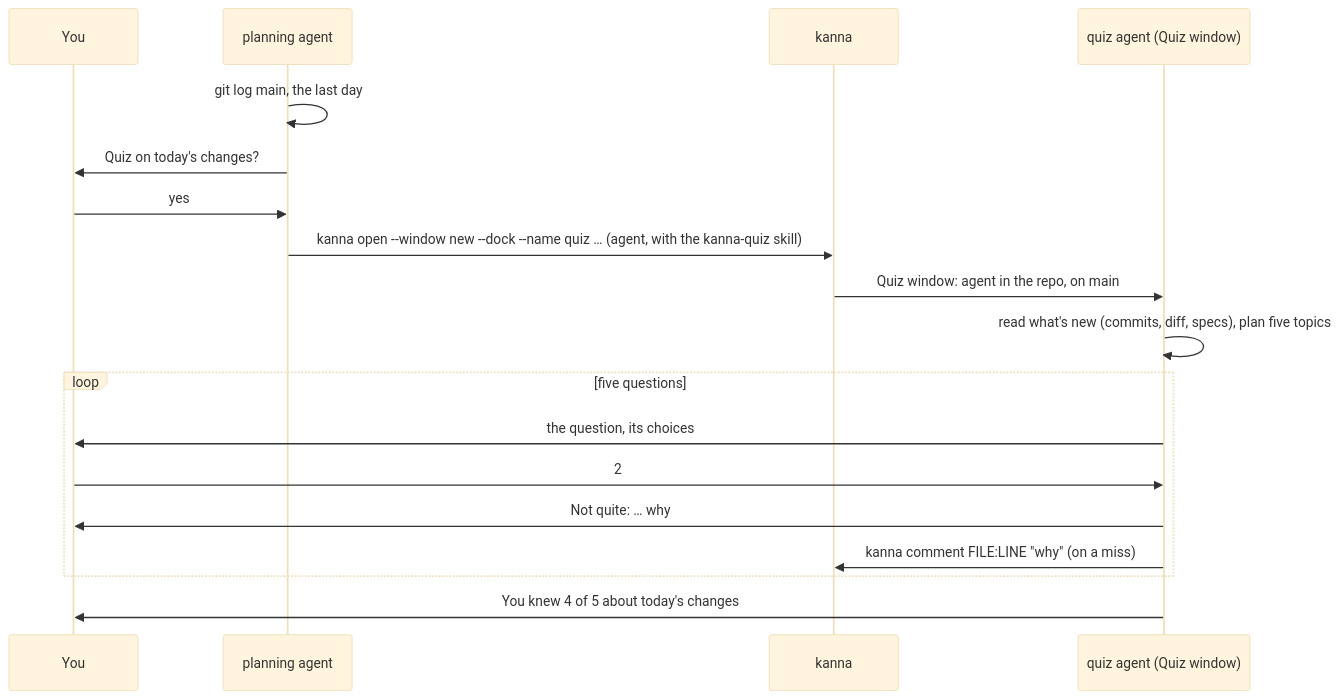
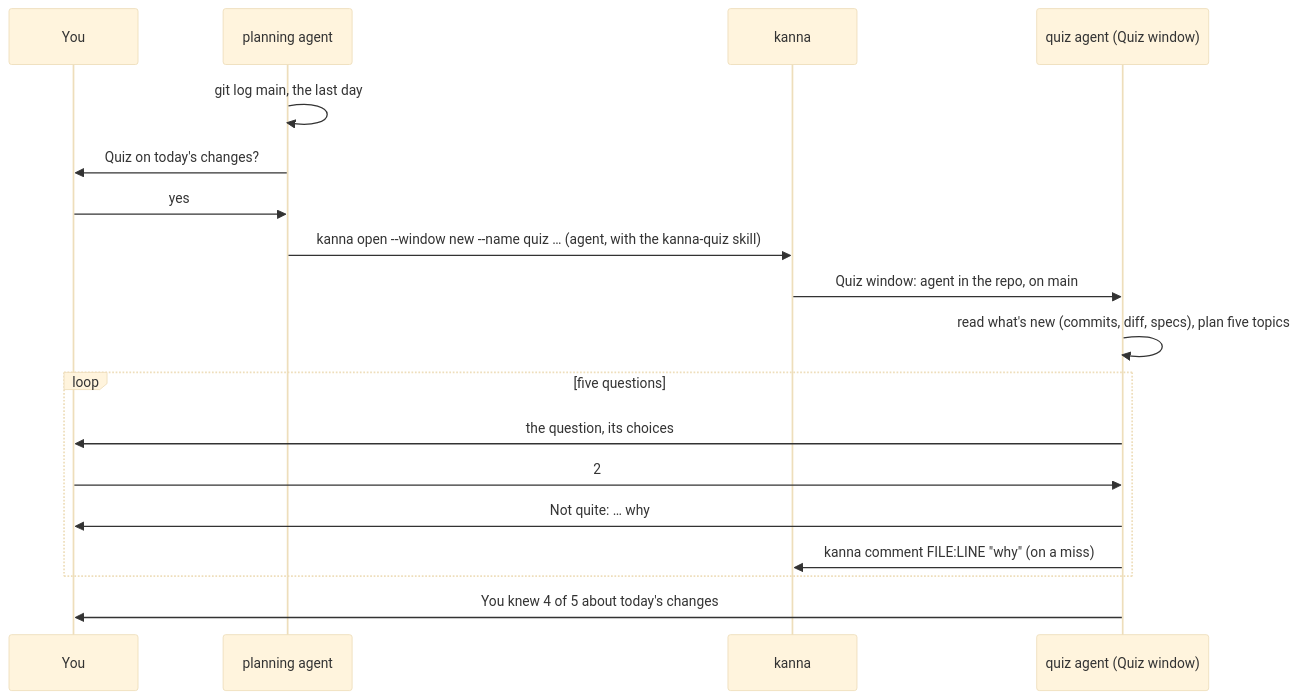
The first of 2 diagrams in docs/specs/quiz.md (jemdiggity/kanna-v4), drawn with Mermaid (base theme) before and after one commit. The commit also changed other lines of this file and 8 other files, not shown here.

Commit message:
Quiz spec: the quiz agent isn't docked (a docked pane is a task); the drawings and the code split beside it in its plain window

````diff
--- a/docs/specs/quiz.md
+++ b/docs/specs/quiz.md
@@ -27,20 +27,20 @@
 ```mermaid
 sequenceDiagram
     participant You
     participant P as planning agent
     participant K as kanna
     participant Q as quiz agent (Quiz window)
     P->>P: git log main, the last day
     P->>You: Quiz on today's changes?
     You->>P: yes
-    P->>K: kanna open --window new --dock --name quiz … (agent, with the kanna-quiz skill)
+    P->>K: kanna open --window new --name quiz … (agent, with the kanna-quiz skill)
     K->>Q: Quiz window: agent in the repo, on main
     Q->>Q: read what's new (commits, diff, specs), plan five topics
     loop five questions
         Q->>You: the question, its choices
         You->>Q: 2
         Q->>You: Not quite: … why
         Q->>K: kanna comment FILE:LINE "why" (on a miss)
     end
     Q->>You: You knew 4 of 5 about today's changes
 ```
````
